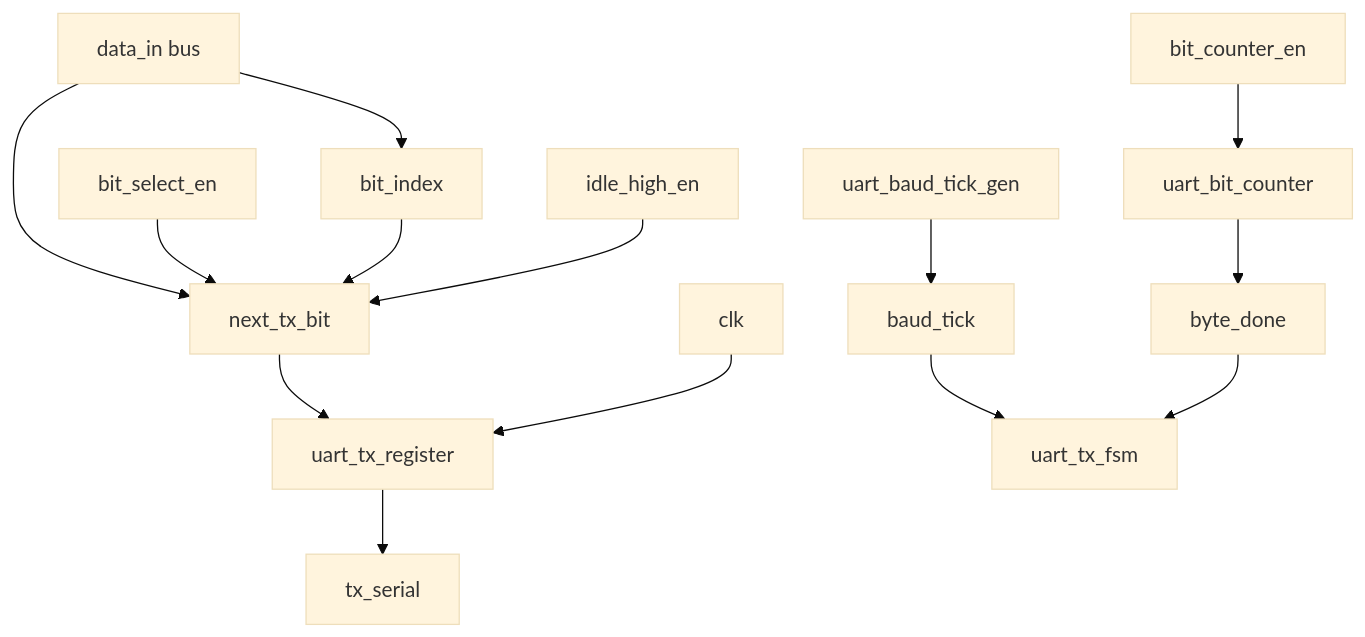
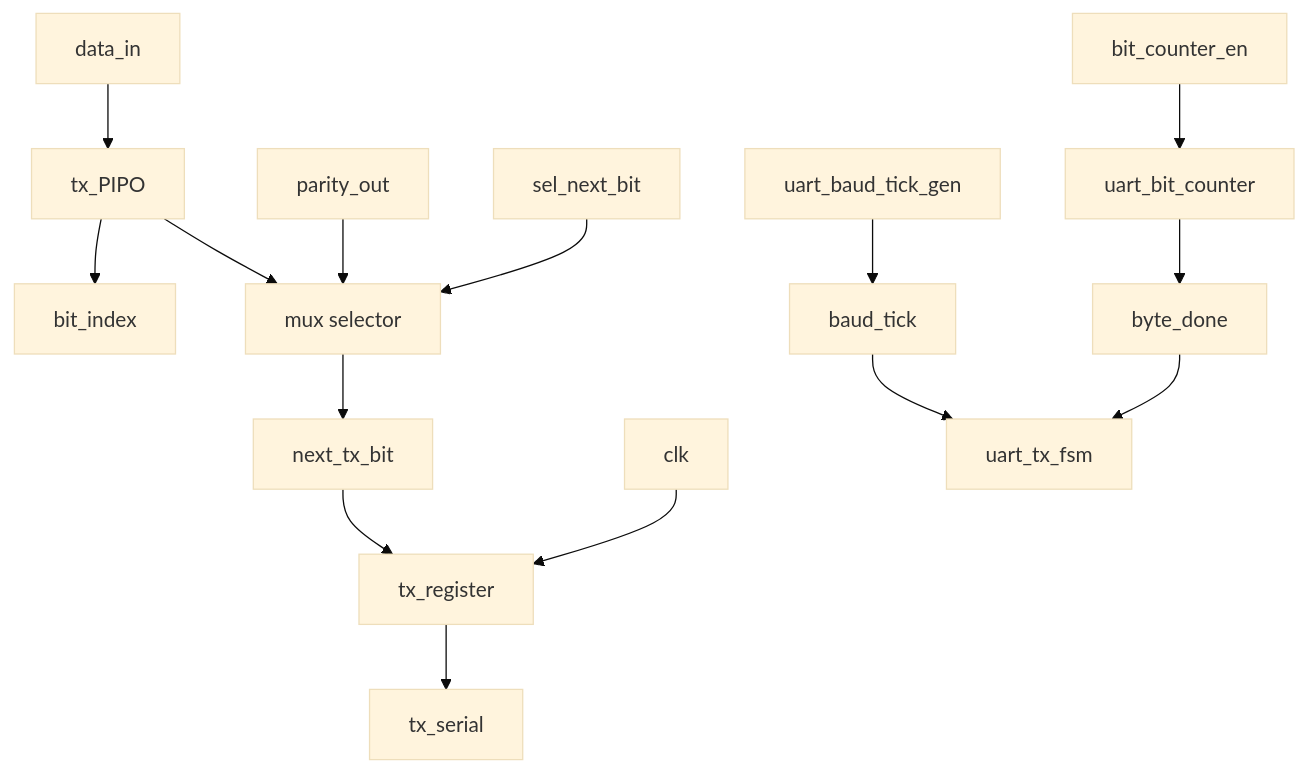
Before and after one commit to dmz4/uart_control_datapath_core: the first of 4 diagrams in README.md, drawn with Mermaid (base theme). The commit also changed other lines of this file and 16 other files, not shown here.

Commit message:
feat(rtl): add parity-aware UART TX frame generation and output selection

````diff
--- a/README.md
+++ b/README.md
@@ -55,16 +58,17 @@
 ```mermaid
 flowchart TD
-    A[data_in bus] --> B[bit_index]
-    A --> C[next_tx_bit]
-    D[bit_select_en] --> C
-    B --> C
-    E[idle_high_en] --> C
-    C --> F[uart_tx_register]
-    F --> G[tx_serial]
-    H[clk] --> F
-    I[uart_baud_tick_gen] --> J[baud_tick]
-    J --> K[uart_tx_fsm]
-    L[uart_bit_counter] --> M[byte_done]
-    M --> K
-    N[bit_counter_en] --> L
+    A[data_in] --> B[tx_PIPO]
+    B --> C[bit_index]
+    B --> D[mux selector]
+    E[parity_out] --> D
+    F[sel_next_bit] --> D
+    D --> G[next_tx_bit]
+    G --> H[tx_register]
+    H --> I[tx_serial]
+    J[clk] --> H
+    K[uart_baud_tick_gen] --> L[baud_tick]
+    L --> M[uart_tx_fsm]
+    N[uart_bit_counter] --> O[byte_done]
+    O --> M
+    P[bit_counter_en] --> N
 ```
````
